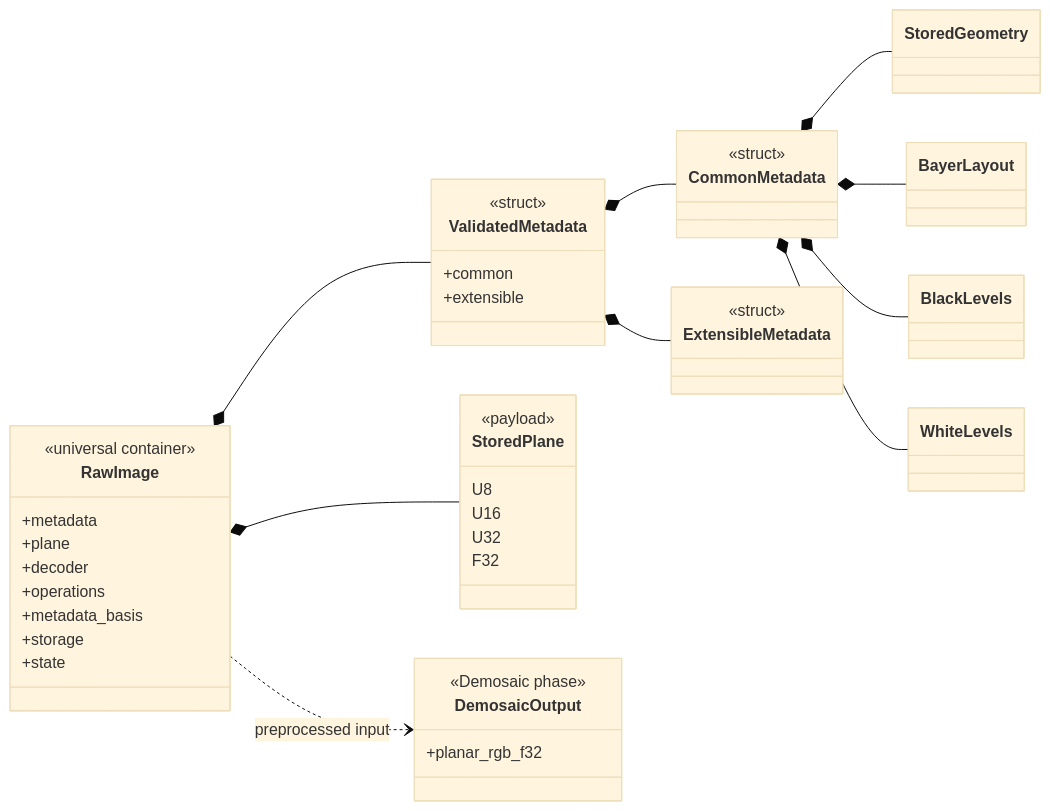
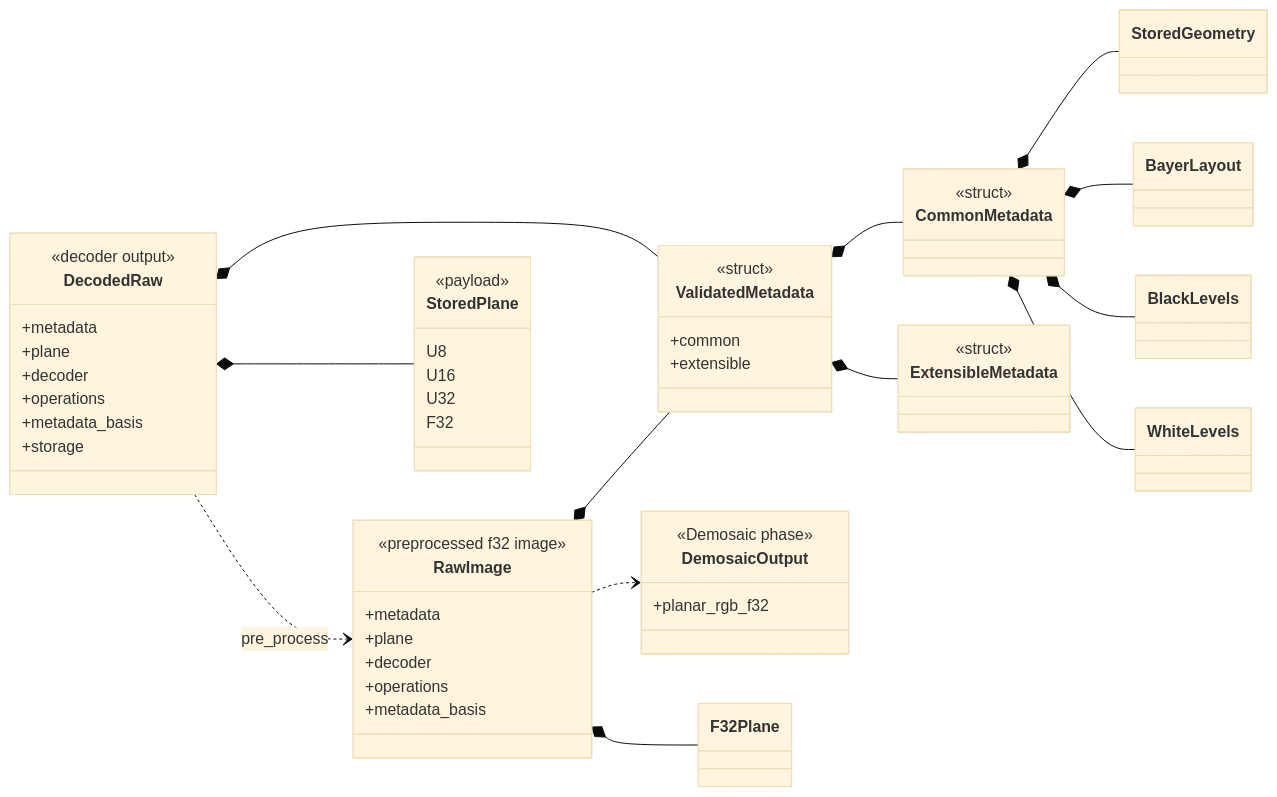
One commit to Glatzel/fornax changed the diagram in docs/raw-pipeline/raw-image-struct.md. Above: the diagram before and after it, drawn with Mermaid (base theme). The commit also changed other lines of this file and 12 other files, not shown here.

Commit message:
refactor(impl-core-001): split decoded and preprocessed images

````diff
--- a/docs/raw-pipeline/raw-image-struct.md
+++ b/docs/raw-pipeline/raw-image-struct.md
@@ -9,50 +9,60 @@
 ```mermaid
 classDiagram
     direction LR
-    class RawImage {
-        <<universal container>>
+    class DecodedRaw {
+        <<decoder output>>
         +metadata
         +plane
         +decoder
         +operations
         +metadata_basis
         +storage
-        +state
+    }
+    class RawImage {
+        <<preprocessed f32 image>>
+        +metadata
+        +plane
+        +decoder
+        +operations
+        +metadata_basis
     }
     class ValidatedMetadata {
         <<struct>>
         +common
         +extensible
     }
     class CommonMetadata {
         <<struct>>
     }
     class ExtensibleMetadata {
         <<struct>>
     }
     class StoredGeometry
     class BayerLayout
     class BlackLevels
     class WhiteLevels
     class StoredPlane {
         <<payload>>
         U8
         U16
         U32
         F32
     }
     class DemosaicOutput {
         <<Demosaic phase>>
         +planar_rgb_f32
     }
 
+    DecodedRaw *-- ValidatedMetadata
+    DecodedRaw *-- StoredPlane
     RawImage *-- ValidatedMetadata
-    RawImage *-- StoredPlane
+    RawImage *-- F32Plane
     ValidatedMetadata *-- CommonMetadata
     ValidatedMetadata *-- ExtensibleMetadata
     CommonMetadata *-- StoredGeometry
     CommonMetadata *-- BayerLayout
     CommonMetadata *-- BlackLevels
     CommonMetadata *-- WhiteLevels
-    RawImage ..> DemosaicOutput : preprocessed input
+    DecodedRaw ..> RawImage : pre_process
+    RawImage ..> DemosaicOutput
 ```
````
